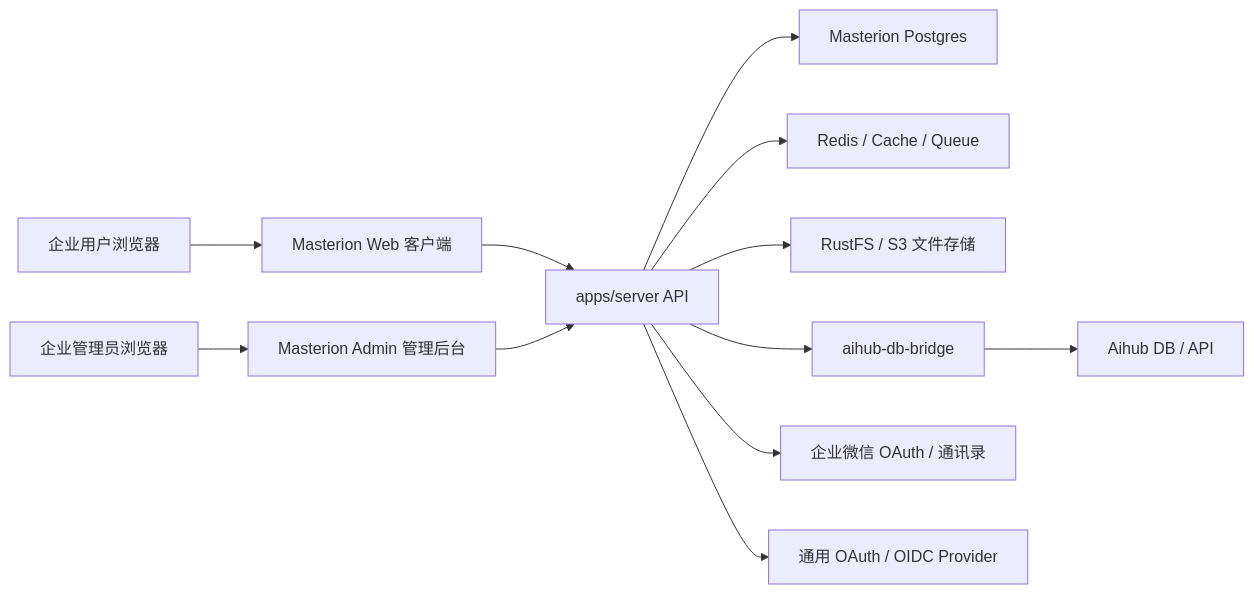
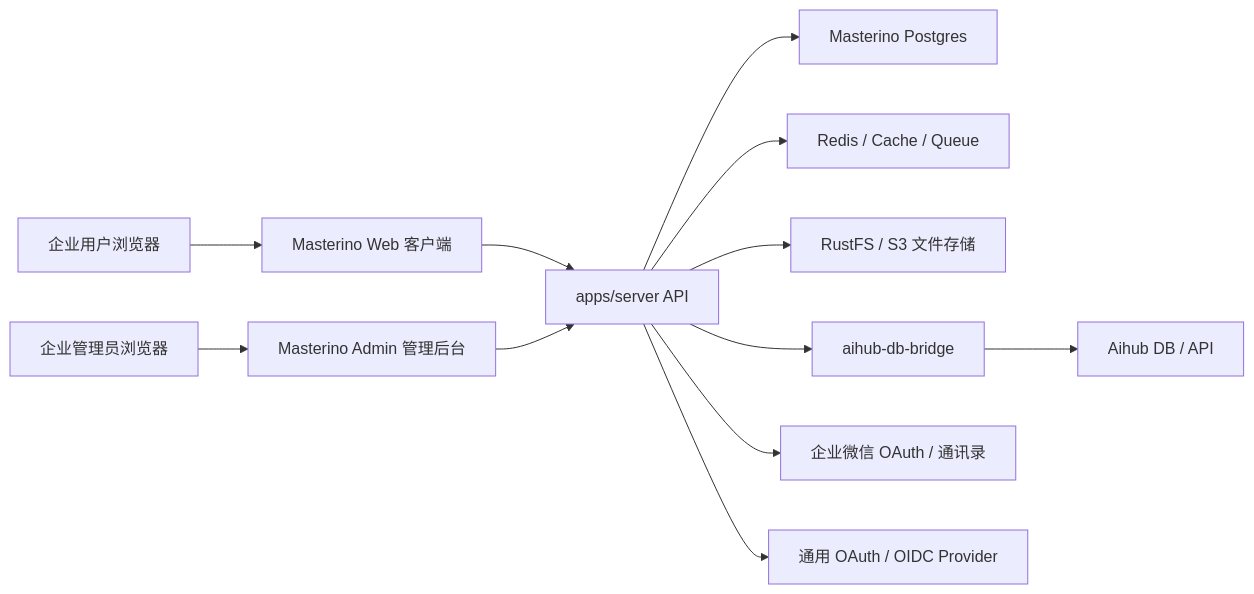
One commit to chaaak6/Masterino changed the first of 2 diagrams in docs/handoff/masterlion-enterprise-architecture-plan-20260620.md. Above: the diagram before and after it, drawn with Mermaid. The commit also changed other lines of this file and 1067 other files, not shown here.

````diff
--- a/docs/handoff/masterlion-enterprise-architecture-plan-20260620.md
+++ b/docs/handoff/masterlion-enterprise-architecture-plan-20260620.md
@@ -40,14 +40,14 @@
 ```mermaid
 flowchart LR
-  User["企业用户浏览器"] --> Web["Masterion Web 客户端"]
-  AdminUser["企业管理员浏览器"] --> Admin["Masterion Admin 管理后台"]
+  User["企业用户浏览器"] --> Web["Masterino Web 客户端"]
+  AdminUser["企业管理员浏览器"] --> Admin["Masterino Admin 管理后台"]
   Web --> API["apps/server API"]
   Admin --> API
-  API --> PG["Masterion Postgres"]
+  API --> PG["Masterino Postgres"]
   API --> Redis["Redis / Cache / Queue"]
   API --> RustFS["RustFS / S3 文件存储"]
   API --> Bridge["aihub-db-bridge"]
   Bridge --> Aihub["Aihub DB / API"]
   API --> WeCom["企业微信 OAuth / 通讯录"]
   API --> OAuth["通用 OAuth / OIDC Provider"]
 ```
````
